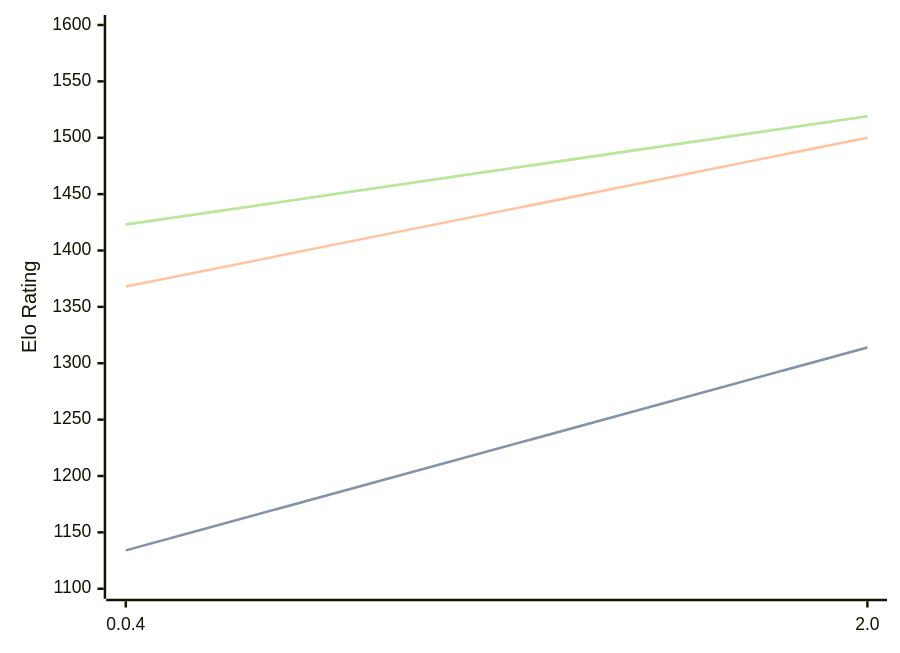
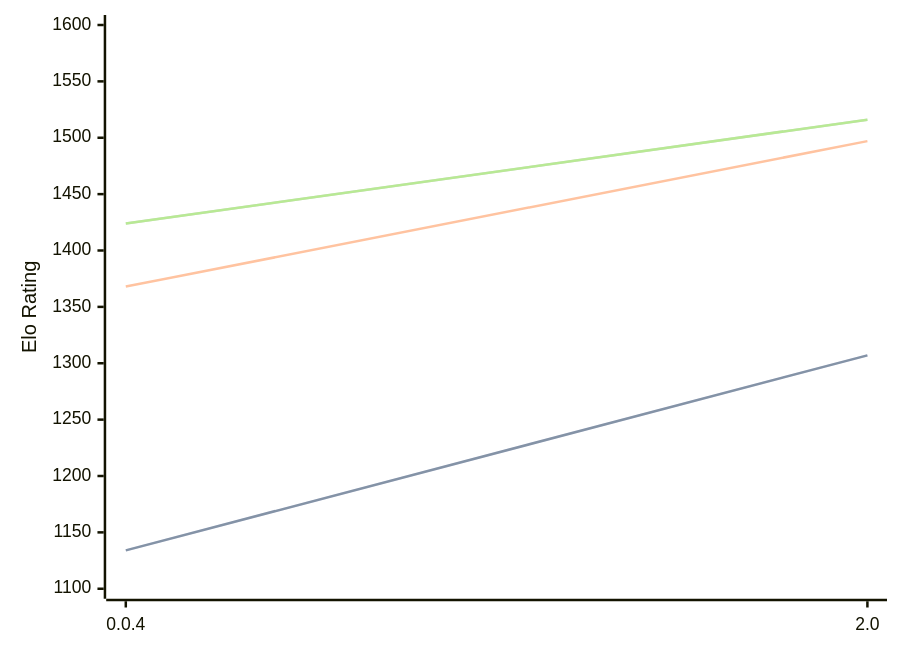
Before and after one commit to computer-chess-index/cci: the diagram in engines/Oops!Mate.md, drawn with Mermaid. The commit also changed other lines of this file, not shown here.

Commit message:
Update CCI Ratings (ELO VLTC) - 2026-02-15

````diff
--- a/engines/Oops!Mate.md
+++ b/engines/Oops!Mate.md
@@ -48,11 +48,11 @@
 ```mermaid
 %%{init: {"theme":"base","themeVariables":{"seriesColors:['#a3a3a3','#222221','#faa371']}}}%%
 xychart-beta
   x-axis ["0.0.4", "2.0"]
   y-axis "Elo Rating" 1100 --> 1600
-  line "STC (8.0+0.08s)" [1134, 1314]
-  line "STC (8.0+0.08s)" [1134, 1314]
-  line "LTC (60.0+0.60s)" [1368, 1500]
-  line "VLTC (2m24s+1.12s)" [1423, 1519]
-  line "VLTC (2m24s+1.12s)" [1423, 1519]
+  line "STC (8.0+0.08s)" [1134, 1307]
+  line "STC (8.0+0.08s)" [1134, 1307]
+  line "LTC (60.0+0.60s)" [1368, 1497]
+  line "VLTC (2m24s+1.12s)" [1424, 1516]
+  line "VLTC (2m24s+1.12s)" [1424, 1516]
 ```
````
